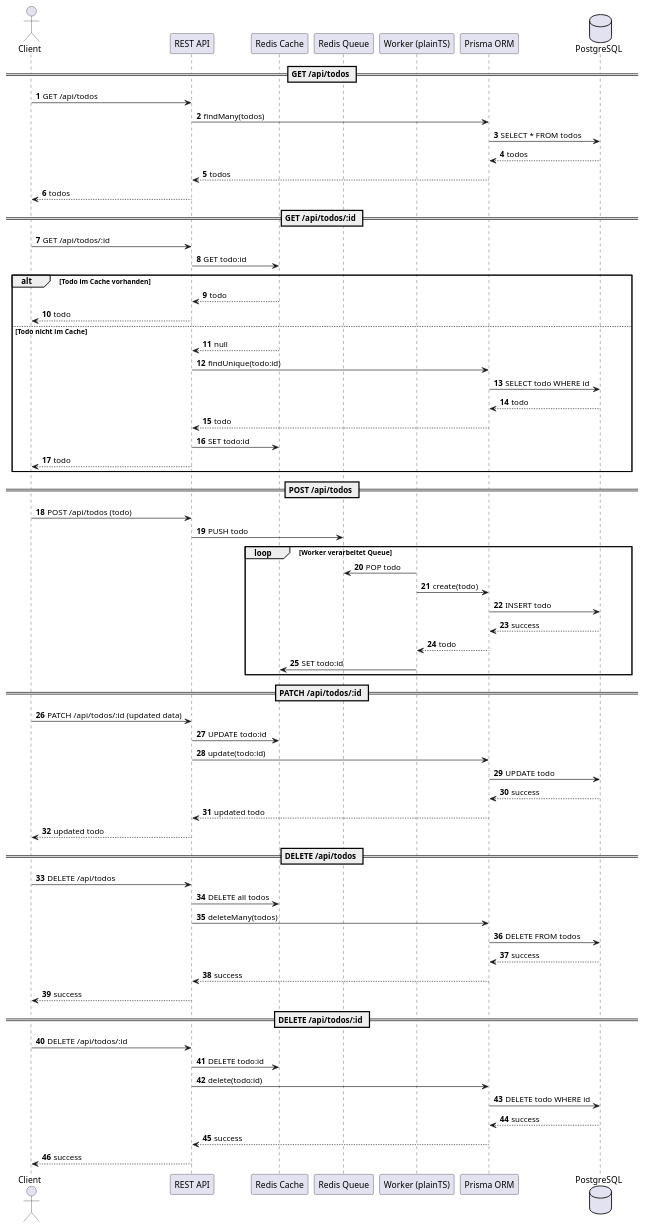
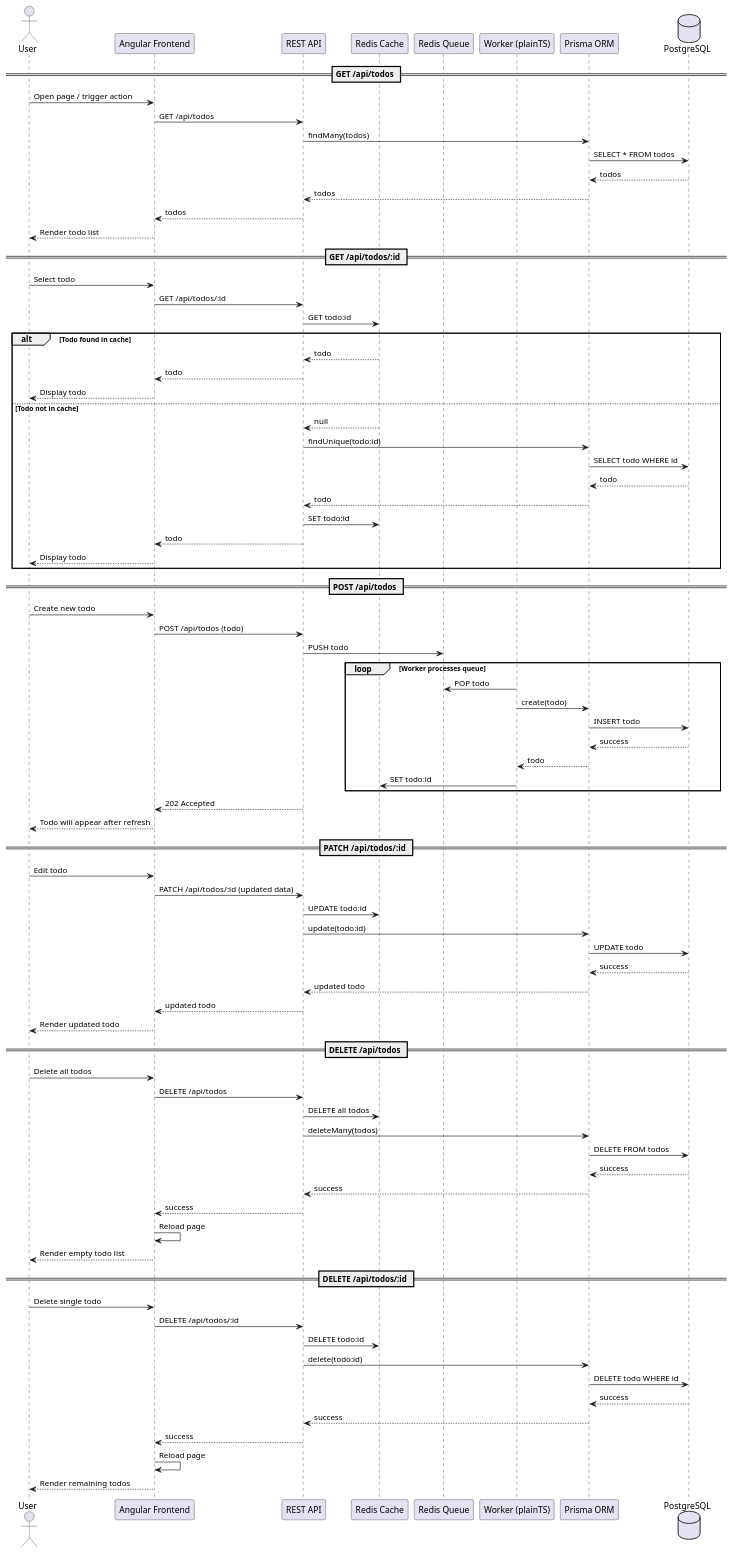
The diagram in packages/diagrams/sequence.puml (justintischendorf/todo-app), drawn with PlantUML before and after one commit. The commit also changed 2 other files, not shown here.

Commit message:
updated diagrams

```diff
--- a/packages/diagrams/sequence.puml
+++ b/packages/diagrams/sequence.puml
@@ -1,76 +1,94 @@
 @startuml
-autonumber
-actor Client
+
+actor User
+participant "Angular Frontend" as FE
 participant "REST API" as API
 participant "Redis Cache" as Cache
 participant "Redis Queue" as Queue
 participant "Worker (plainTS)" as Worker
 participant "Prisma ORM" as ORM
 database "PostgreSQL" as DB
 
 == GET /api/todos ==
-Client -> API: GET /api/todos
+User -> FE: Open page / trigger action
+FE -> API: GET /api/todos
 API -> ORM: findMany(todos)
 ORM -> DB: SELECT * FROM todos
 DB --> ORM: todos
 ORM --> API: todos
-API --> Client: todos
+API --> FE: todos
+FE --> User: Render todo list
 
 == GET /api/todos/:id ==
-Client -> API: GET /api/todos/:id
+User -> FE: Select todo
+FE -> API: GET /api/todos/:id
 API -> Cache: GET todo:id
 
-alt Todo im Cache vorhanden
+alt Todo found in cache
     Cache --> API: todo
-    API --> Client: todo
-else Todo nicht im Cache
+    API --> FE: todo
+    FE --> User: Display todo
+else Todo not in cache
     Cache --> API: null
     API -> ORM: findUnique(todo:id)
     ORM -> DB: SELECT todo WHERE id
     DB --> ORM: todo
     ORM --> API: todo
     API -> Cache: SET todo:id
-    API --> Client: todo
+    API --> FE: todo
+    FE --> User: Display todo
 end
 
 == POST /api/todos ==
-Client -> API: POST /api/todos (todo)
+User -> FE: Create new todo
+FE -> API: POST /api/todos (todo)
 API -> Queue: PUSH todo
 
-loop Worker verarbeitet Queue
+loop Worker processes queue
     Worker -> Queue: POP todo
     Worker -> ORM: create(todo)
     ORM -> DB: INSERT todo
     DB --> ORM: success
     ORM --> Worker: todo
     Worker -> Cache: SET todo:id
 end
 
+API --> FE: 202 Accepted
+FE --> User: Todo will appear after refresh
+
 == PATCH /api/todos/:id ==
-Client -> API: PATCH /api/todos/:id (updated data)
+User -> FE: Edit todo
+FE -> API: PATCH /api/todos/:id (updated data)
 API -> Cache: UPDATE todo:id
 API -> ORM: update(todo:id)
 ORM -> DB: UPDATE todo
 DB --> ORM: success
 ORM --> API: updated todo
-API --> Client: updated todo
+API --> FE: updated todo
+FE --> User: Render updated todo
 
 == DELETE /api/todos ==
-Client -> API: DELETE /api/todos
+User -> FE: Delete all todos
+FE -> API: DELETE /api/todos
 API -> Cache: DELETE all todos
 API -> ORM: deleteMany(todos)
 ORM -> DB: DELETE FROM todos
 DB --> ORM: success
 ORM --> API: success
-API --> Client: success
+API --> FE: success
+FE -> FE: Reload page
+FE --> User: Render empty todo list
 
 == DELETE /api/todos/:id ==
-Client -> API: DELETE /api/todos/:id
+User -> FE: Delete single todo
+FE -> API: DELETE /api/todos/:id
 API -> Cache: DELETE todo:id
 API -> ORM: delete(todo:id)
 ORM -> DB: DELETE todo WHERE id
 DB --> ORM: success
 ORM --> API: success
-API --> Client: success
+API --> FE: success
+FE -> FE: Reload page
+FE --> User: Render remaining todos
 
 @enduml
```
